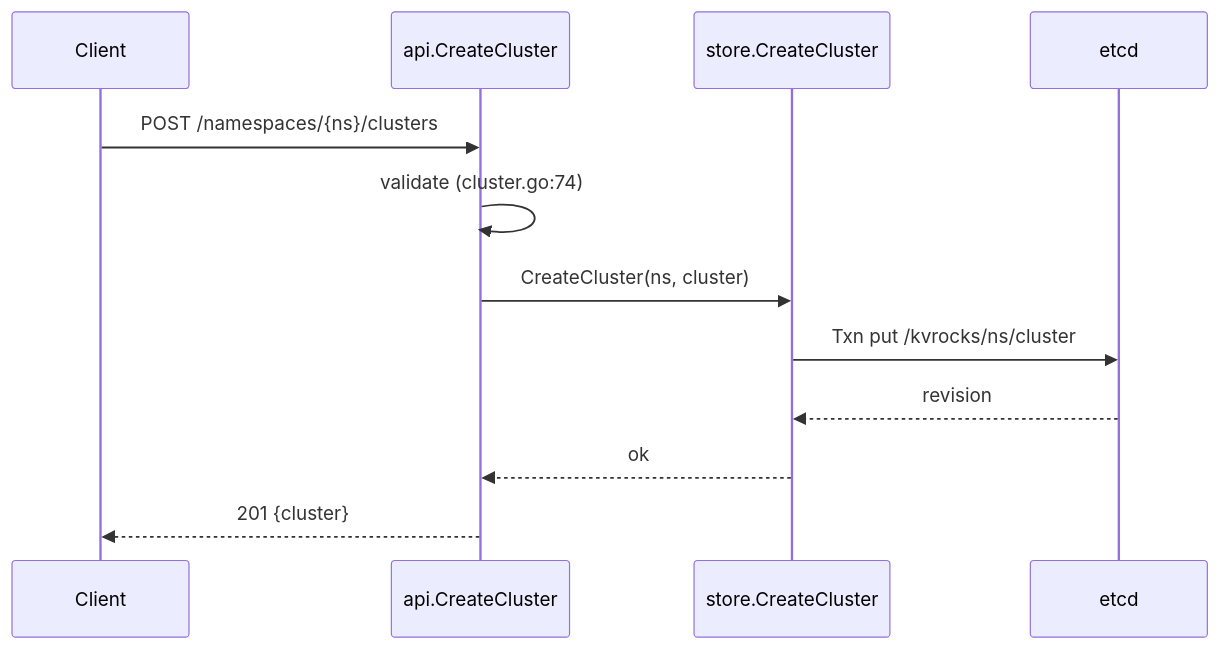
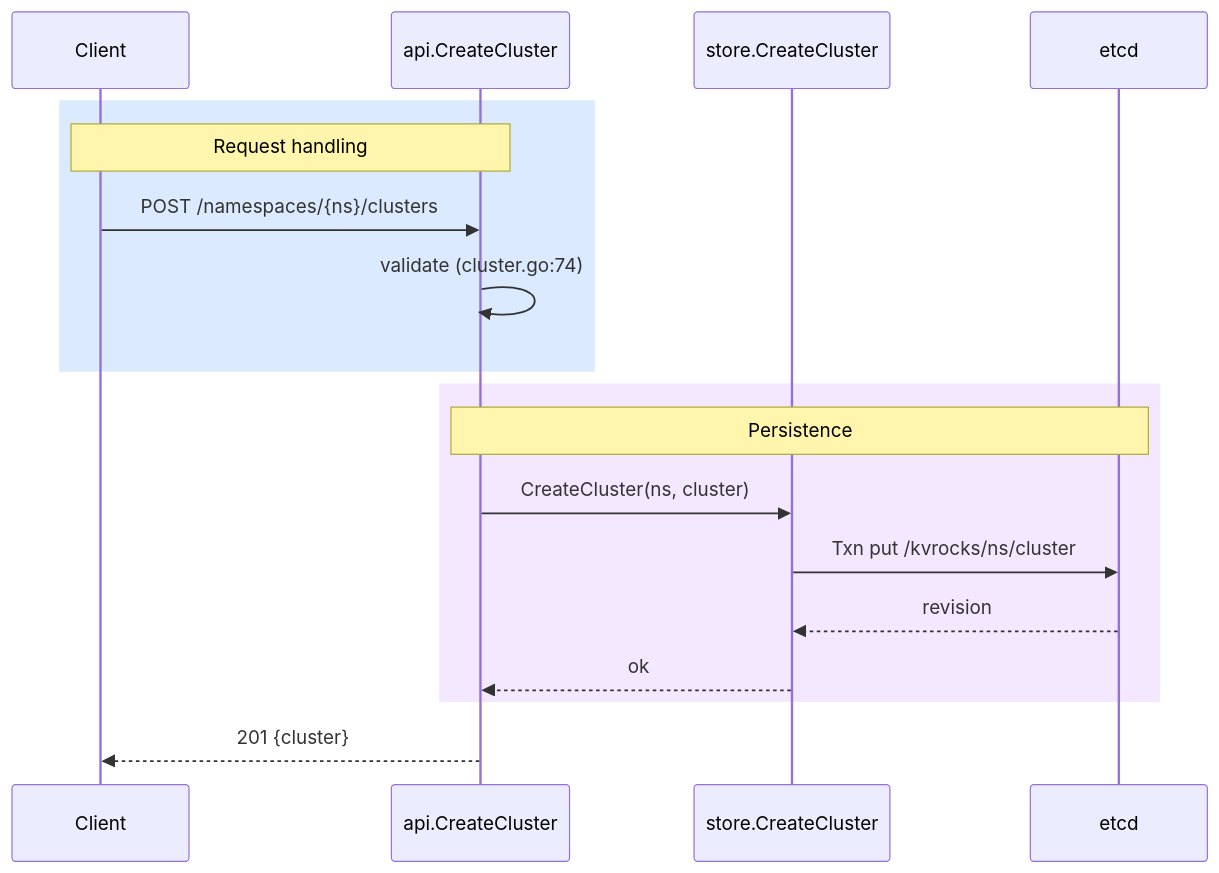
One commit to git-hulk/skills changed the third of 6 diagrams in skills/fast-learning/references/diagrams.md. Above: the diagram before and after it, drawn with Mermaid. The commit also changed other lines of this file and 1 other file, not shown here.

Commit message:
Add consistent diagram colors to fast-learning guidance

````diff
--- a/skills/fast-learning/references/diagrams.md
+++ b/skills/fast-learning/references/diagrams.md
@@ -42,14 +69,20 @@
 ```mermaid
 sequenceDiagram
     participant C as Client
     participant A as api.CreateCluster
     participant S as store.CreateCluster
     participant E as etcd
-    C->>A: POST /namespaces/{ns}/clusters
-    A->>A: validate (cluster.go:74)
-    A->>S: CreateCluster(ns, cluster)
-    S->>E: Txn put /kvrocks/ns/cluster
-    E-->>S: revision
-    S-->>A: ok
+    rect rgb(219, 234, 254)
+        Note over C,A: Request handling
+        C->>A: POST /namespaces/{ns}/clusters
+        A->>A: validate (cluster.go:74)
+    end
+    rect rgb(243, 232, 255)
+        Note over A,E: Persistence
+        A->>S: CreateCluster(ns, cluster)
+        S->>E: Txn put /kvrocks/ns/cluster
+        E-->>S: revision
+        S-->>A: ok
+    end
     A-->>C: 201 {cluster}
 ```
````
